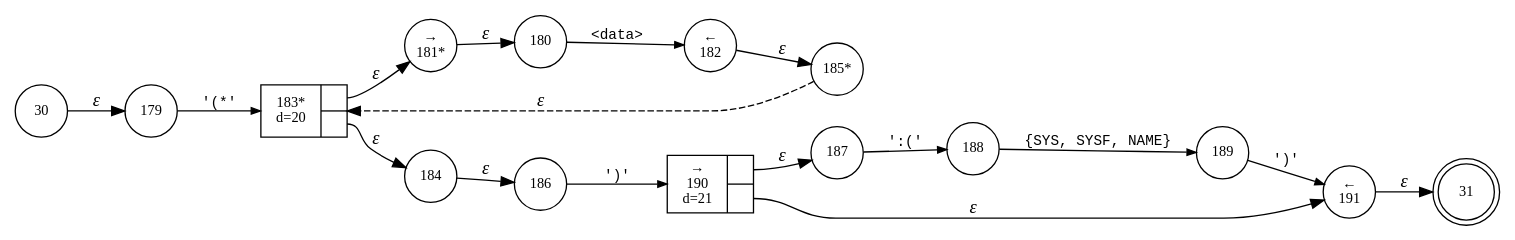
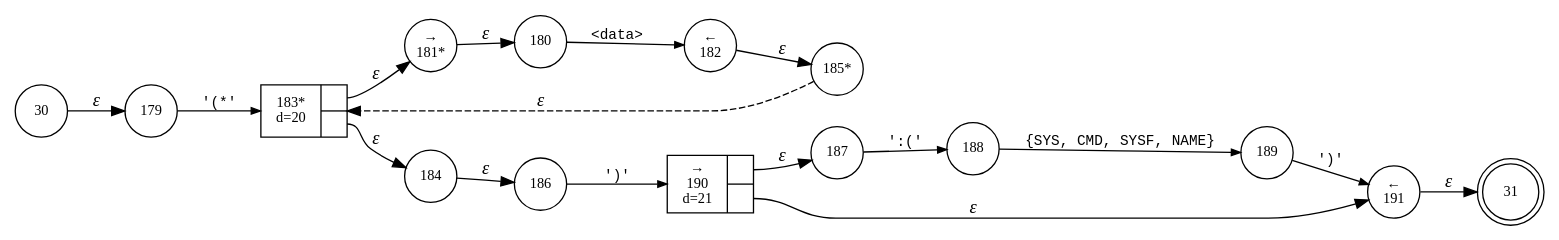
The diagram in internal/parser/Bund.datablock_term.dot (vulogov/Bund2), drawn with Graphviz before and after one commit. The commit also changed 24 other files, not shown here.

```diff
--- a/internal/parser/Bund.datablock_term.dot
+++ b/internal/parser/Bund.datablock_term.dot
@@ -1,34 +1,34 @@
 digraph ATN {
 rankdir=LR;
 s31[fontsize=11, label="31", shape=doublecircle, fixedsize=true, width=.6];
 s179[fontsize=11,label="179", shape=circle, fixedsize=true, width=.55, peripheries=1];
 s180[fontsize=11,label="180", shape=circle, fixedsize=true, width=.55, peripheries=1];
 s181[fontsize=11,label="&rarr;\n181*", shape=circle, fixedsize=true, width=.55, peripheries=1];
 s182[fontsize=11,label="&larr;\n182", shape=circle, fixedsize=true, width=.55, peripheries=1];
 s183[fontsize=11,label="{183*\nd=20|{<p0>|<p1>}}", shape=record, fixedsize=false, peripheries=1];
 s184[fontsize=11,label="184", shape=circle, fixedsize=true, width=.55, peripheries=1];
 s185[fontsize=11,label="185*", shape=circle, fixedsize=true, width=.55, peripheries=1];
 s186[fontsize=11,label="186", shape=circle, fixedsize=true, width=.55, peripheries=1];
 s187[fontsize=11,label="187", shape=circle, fixedsize=true, width=.55, peripheries=1];
 s188[fontsize=11,label="188", shape=circle, fixedsize=true, width=.55, peripheries=1];
 s189[fontsize=11,label="189", shape=circle, fixedsize=true, width=.55, peripheries=1];
 s30[fontsize=11,label="30", shape=circle, fixedsize=true, width=.55, peripheries=1];
 s190[fontsize=11,label="{&rarr;\n190\nd=21|{<p0>|<p1>}}", shape=record, fixedsize=false, peripheries=1];
 s191[fontsize=11,label="&larr;\n191", shape=circle, fixedsize=true, width=.55, peripheries=1];
 s30 -> s179 [fontname="Times-Italic", label="&epsilon;"];
 s179 -> s183 [fontsize=11, fontname="Courier", arrowsize=.7, label = "'(*'", arrowhead = normal];
 s183:p0 -> s181 [fontname="Times-Italic", label="&epsilon;"];
 s183:p1 -> s184 [fontname="Times-Italic", label="&epsilon;"];
 s181 -> s180 [fontname="Times-Italic", label="&epsilon;"];
 s184 -> s186 [fontname="Times-Italic", label="&epsilon;"];
 s180 -> s182 [fontsize=11, fontname="Courier", arrowsize=.7, label = "<data>", arrowhead = normal];
 s186 -> s190 [fontsize=11, fontname="Courier", arrowsize=.7, label = "')'", arrowhead = normal];
 s182 -> s185 [fontname="Times-Italic", label="&epsilon;"];
 s190:p0 -> s187 [fontname="Times-Italic", label="&epsilon;"];
 s190:p1 -> s191 [fontname="Times-Italic", label="&epsilon;"];
 s185 -> s183 [fontname="Times-Italic", label="&epsilon;", style="dashed"];
 s187 -> s188 [fontsize=11, fontname="Courier", arrowsize=.7, label = "':('", arrowhead = normal];
 s191 -> s31 [fontname="Times-Italic", label="&epsilon;"];
-s188 -> s189 [fontsize=11, fontname="Courier", arrowsize=.7, label = "{SYS, SYSF, NAME}", arrowhead = normal];
+s188 -> s189 [fontsize=11, fontname="Courier", arrowsize=.7, label = "{SYS, CMD, SYSF, NAME}", arrowhead = normal];
 s189 -> s191 [fontsize=11, fontname="Courier", arrowsize=.7, label = "')'", arrowhead = normal];
 }
```
